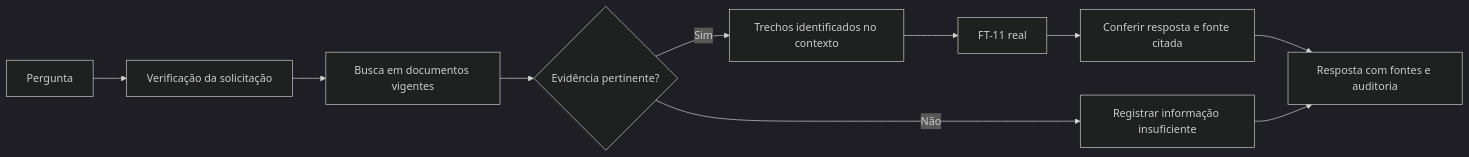
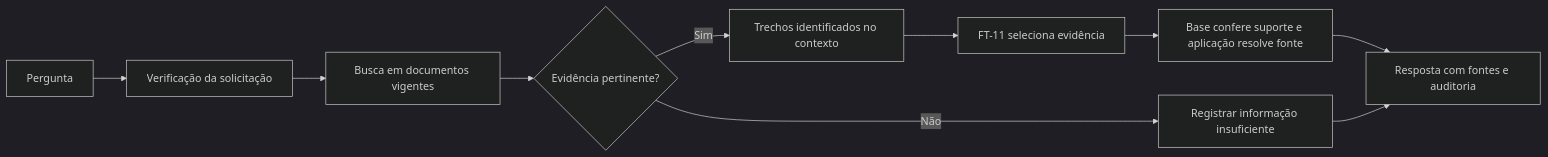
The diagram in fase3/docs/PLANO_RAG.md (WWAraujo/FIAP), drawn with Mermaid (dark theme) before and after one commit. The commit also changed other lines of this file and 2266 other files, not shown here.

````diff
--- a/fase3/docs/PLANO_RAG.md
+++ b/fase3/docs/PLANO_RAG.md
@@ -21,12 +23,12 @@
 ```mermaid
 flowchart LR
     Q[Pergunta] --> G[Verificação da solicitação]
     G --> R[Busca em documentos vigentes]
     R --> E{Evidência pertinente?}
     E -->|Não| P[Registrar informação insuficiente]
     E -->|Sim| C[Trechos identificados no contexto]
-    C --> M[FT-11 real]
-    M --> V[Conferir resposta e fonte citada]
+    C --> M[FT-11 seleciona evidência]
+    M --> V[Base confere suporte e aplicação resolve fonte]
     V --> A[Resposta com fontes e auditoria]
     P --> A
 ```
````
